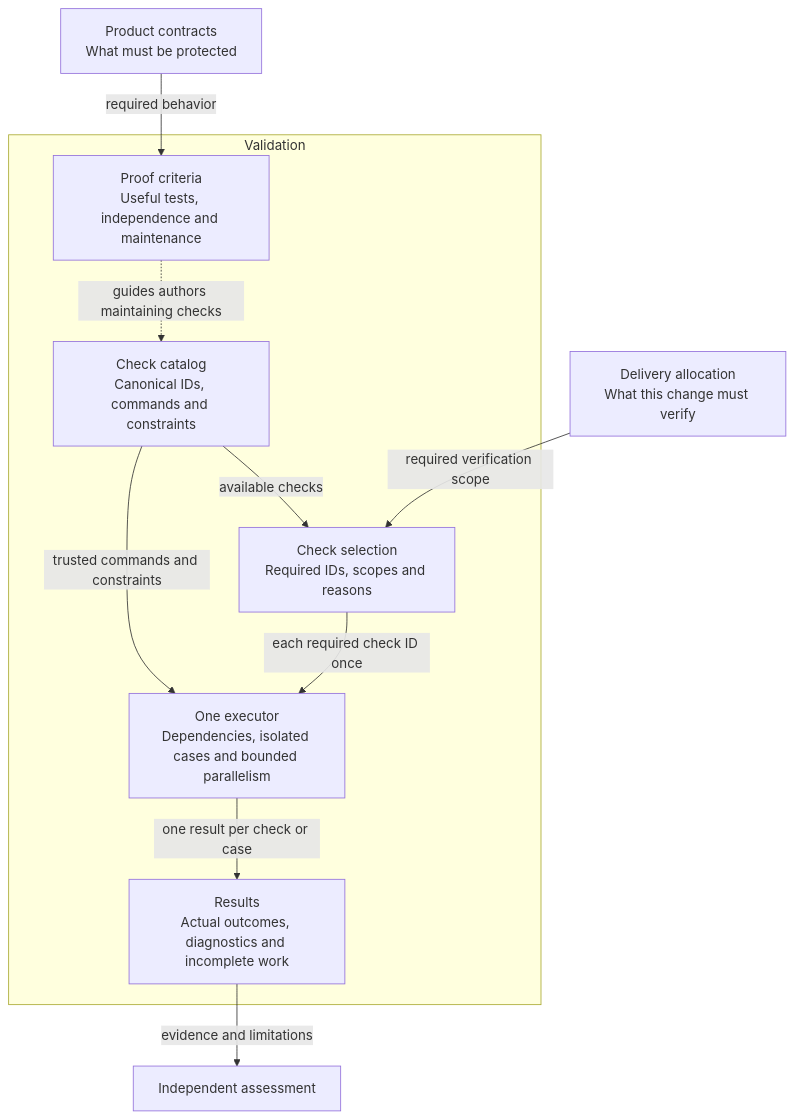
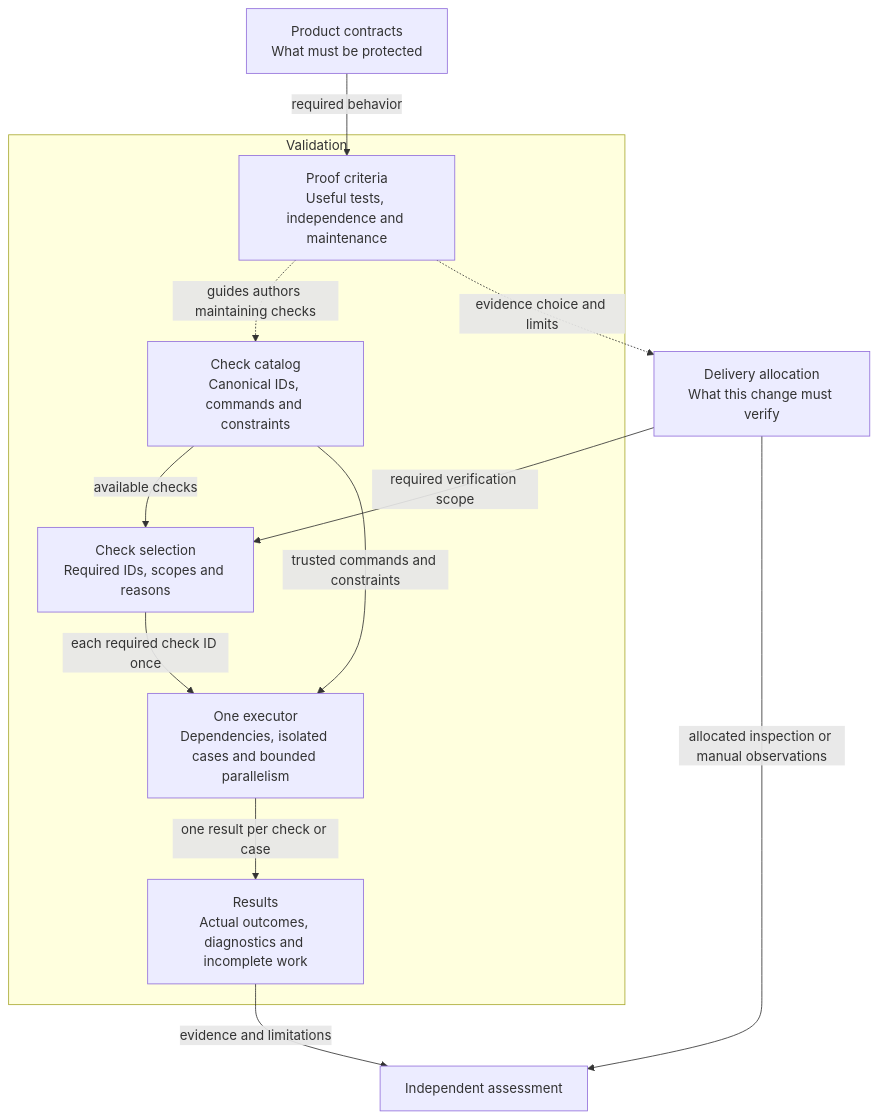
One commit to xiongxianfei/rigorloop changed the fourth of 5 diagrams in docs/design/engineering/validation.md. Above: the diagram before and after it, drawn with Mermaid. The commit also changed other lines of this file and 143 other files, not shown here.

````diff
--- a/docs/design/engineering/validation.md
+++ b/docs/design/engineering/validation.md
@@ -143,23 +147,25 @@
 ```mermaid
 flowchart TB
     Contracts["Product contracts<br/>What must be protected"]
     Delivery["Delivery allocation<br/>What this change must verify"]
 
     subgraph Validation["Validation"]
         Criteria["Proof criteria<br/>Useful tests, independence and maintenance"]
         Catalog["Check catalog<br/>Canonical IDs, commands and constraints"]
         Selection["Check selection<br/>Required IDs, scopes and reasons"]
         Executor["One executor<br/>Dependencies, isolated cases and bounded parallelism"]
         Results["Results<br/>Actual outcomes, diagnostics and incomplete work"]
 
         Criteria -.->|"guides authors maintaining checks"| Catalog
         Catalog -->|"available checks"| Selection
         Catalog -->|"trusted commands and constraints"| Executor
         Selection -->|"each required check ID once"| Executor
         Executor -->|"one result per check or case"| Results
     end
 
     Contracts -->|"required behavior"| Criteria
     Delivery -->|"required verification scope"| Selection
+    Criteria -.->|"evidence choice and limits"| Delivery
+    Delivery -->|"allocated inspection or manual observations"| Assessment
     Results -->|"evidence and limitations"| Assessment["Independent assessment"]
 ```
````
